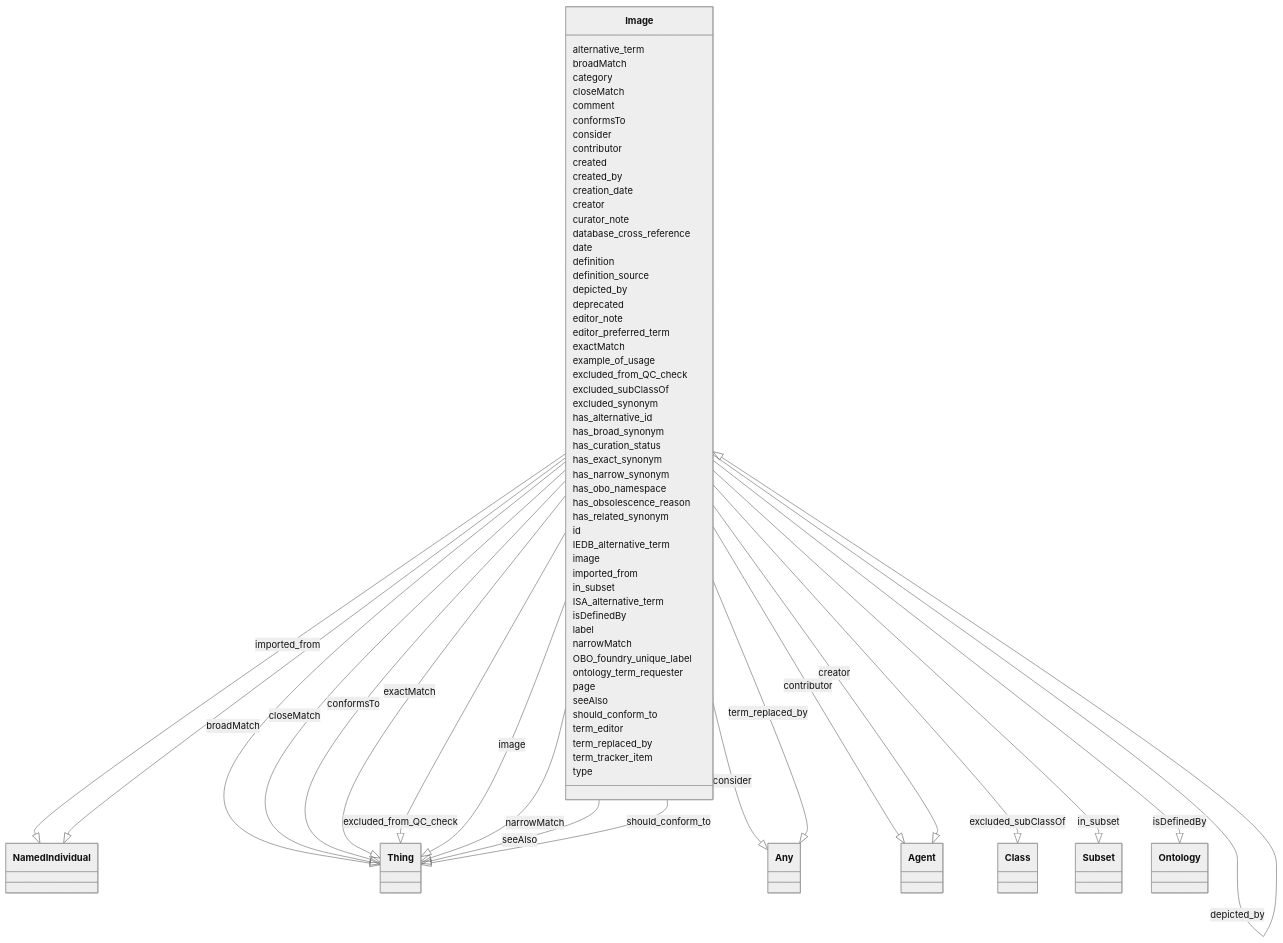
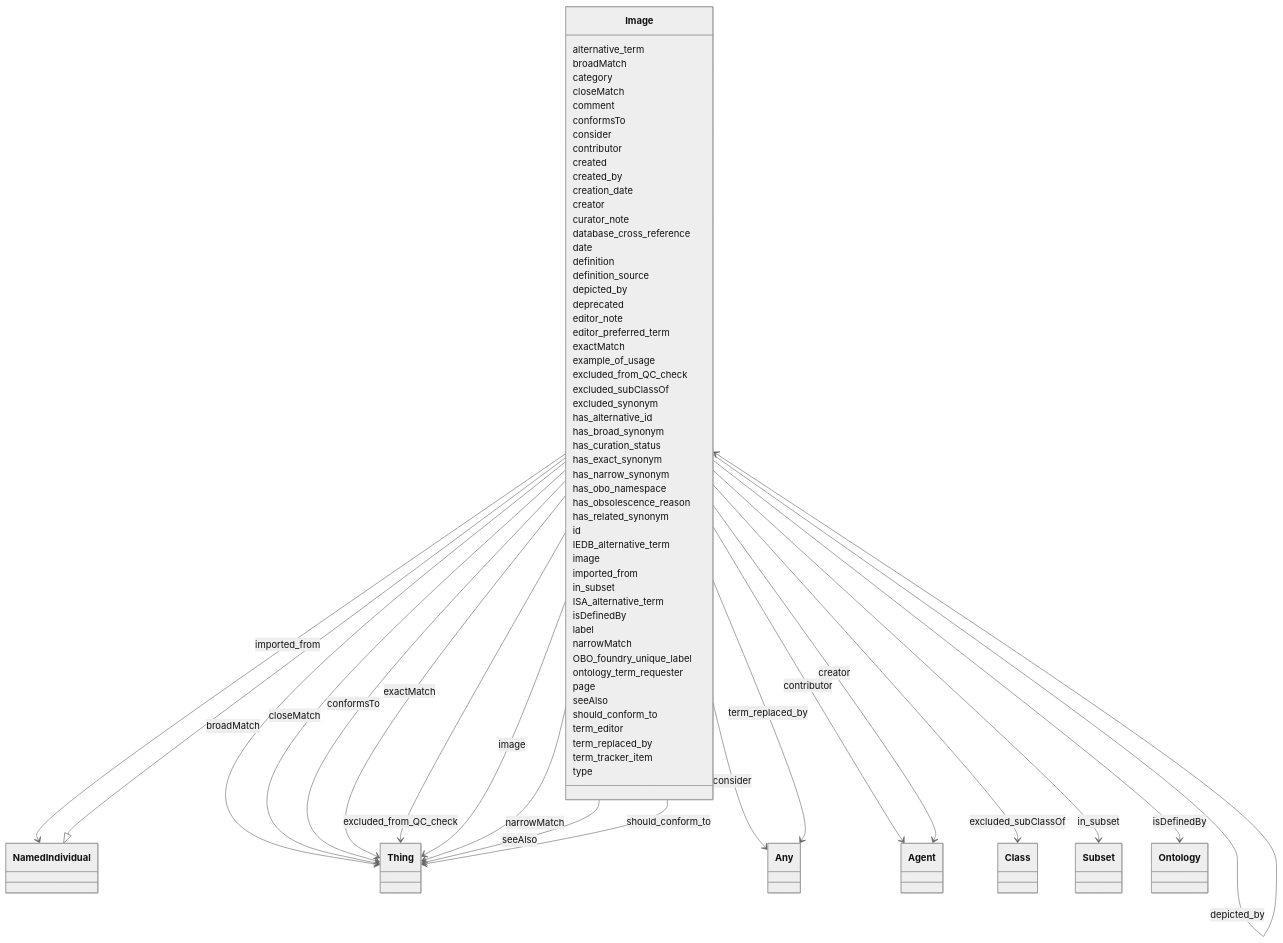
The diagram in ontology-metadata/Image.md (INCATools/ontology-access-kit), drawn with Mermaid (neutral theme) before and after one commit. The commit also changed 389 other files, not shown here.

```diff
--- a/ontology-metadata/Image.md
+++ b/ontology-metadata/Image.md
@@ -16,27 +16,27 @@
         
       Image : broadMatch
         
-          Image --|> Thing : broadMatch
+          Image --> Thing : broadMatch
         
       Image : category
         
       Image : closeMatch
         
-          Image --|> Thing : closeMatch
+          Image --> Thing : closeMatch
         
       Image : comment
         
       Image : conformsTo
         
-          Image --|> Thing : conformsTo
+          Image --> Thing : conformsTo
         
       Image : consider
         
-          Image --|> Any : consider
+          Image --> Any : consider
         
       Image : contributor
         
-          Image --|> Agent : contributor
+          Image --> Agent : contributor
         
       Image : created
         
@@ -46,7 +46,7 @@
         
       Image : creator
         
-          Image --|> Agent : creator
+          Image --> Agent : creator
         
       Image : curator_note
         
@@ -60,7 +60,7 @@
         
       Image : depicted_by
         
-          Image --|> Image : depicted_by
+          Image --> Image : depicted_by
         
       Image : deprecated
         
@@ -70,17 +70,17 @@
         
       Image : exactMatch
         
-          Image --|> Thing : exactMatch
+          Image --> Thing : exactMatch
         
       Image : example_of_usage
         
       Image : excluded_from_QC_check
         
-          Image --|> Thing : excluded_from_QC_check
+          Image --> Thing : excluded_from_QC_check
         
       Image : excluded_subClassOf
         
-          Image --|> Class : excluded_subClassOf
+          Image --> Class : excluded_subClassOf
         
       Image : excluded_synonym
         
@@ -106,27 +106,27 @@
         
       Image : image
         
-          Image --|> Thing : image
+          Image --> Thing : image
         
       Image : imported_from
         
-          Image --|> NamedIndividual : imported_from
+          Image --> NamedIndividual : imported_from
         
       Image : in_subset
         
-          Image --|> Subset : in_subset
+          Image --> Subset : in_subset
         
       Image : ISA_alternative_term
         
       Image : isDefinedBy
         
-          Image --|> Ontology : isDefinedBy
+          Image --> Ontology : isDefinedBy
         
       Image : label
         
       Image : narrowMatch
         
-          Image --|> Thing : narrowMatch
+          Image --> Thing : narrowMatch
         
       Image : OBO_foundry_unique_label
         
@@ -136,17 +136,17 @@
         
       Image : seeAlso
         
-          Image --|> Thing : seeAlso
+          Image --> Thing : seeAlso
         
       Image : should_conform_to
         
-          Image --|> Thing : should_conform_to
+          Image --> Thing : should_conform_to
         
       Image : term_editor
         
       Image : term_replaced_by
         
-          Image --|> Any : term_replaced_by
+          Image --> Any : term_replaced_by
         
       Image : term_tracker_item
         
```
